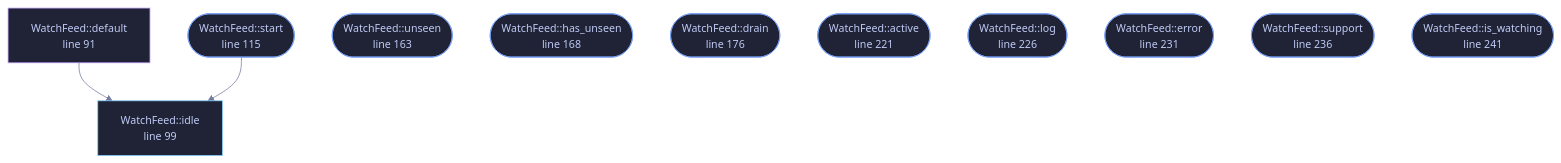
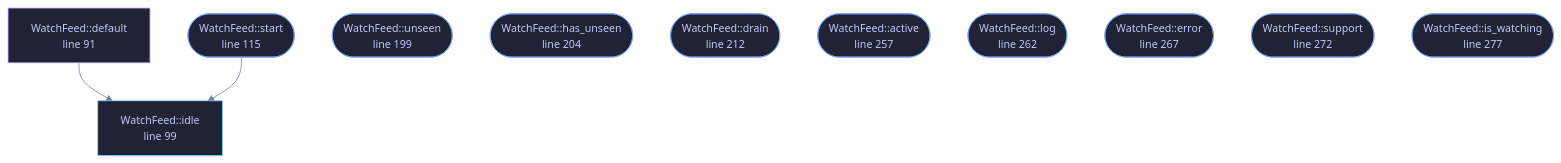
The diagram in docs/files/veilvoice-gui/watchfeed.md (tilas01/veilvoice), drawn with Mermaid before and after one commit. The commit also changed other lines of this file and 118 other files, not shown here.

````diff
--- a/docs/files/veilvoice-gui/watchfeed.md
+++ b/docs/files/veilvoice-gui/watchfeed.md
@@ -117,34 +117,34 @@
 ```mermaid
 %%{init: {"theme":"base","themeVariables":{"background":"#1a1b26","primaryColor":"#1f2335","primaryTextColor":"#c0caf5","primaryBorderColor":"#7aa2f7","secondaryColor":"#16161e","tertiaryColor":"#16161e","lineColor":"#737aa2","textColor":"#c0caf5","mainBkg":"#1f2335","nodeBorder":"#7aa2f7","clusterBkg":"#16161e","clusterBorder":"#2f3549","fontFamily":"ui-monospace, SFMono-Regular, Consolas, monospace","fontSize":"14px"}}}%%
 flowchart TD
     n_default["WatchFeed::default<br/>line 91"]
     n_idle["WatchFeed::idle<br/>line 99"]
     n_start(["WatchFeed::start<br/>line 115"])
-    n_unseen(["WatchFeed::unseen<br/>line 163"])
-    n_has_unseen(["WatchFeed::has_unseen<br/>line 168"])
-    n_drain(["WatchFeed::drain<br/>line 176"])
-    n_active(["WatchFeed::active<br/>line 221"])
-    n_log(["WatchFeed::log<br/>line 226"])
-    n_error(["WatchFeed::error<br/>line 231"])
-    n_support(["WatchFeed::support<br/>line 236"])
-    n_is_watching(["WatchFeed::is_watching<br/>line 241"])
+    n_unseen(["WatchFeed::unseen<br/>line 199"])
+    n_has_unseen(["WatchFeed::has_unseen<br/>line 204"])
+    n_drain(["WatchFeed::drain<br/>line 212"])
+    n_active(["WatchFeed::active<br/>line 257"])
+    n_log(["WatchFeed::log<br/>line 262"])
+    n_error(["WatchFeed::error<br/>line 267"])
+    n_support(["WatchFeed::support<br/>line 272"])
+    n_is_watching(["WatchFeed::is_watching<br/>line 277"])
     n_default --> n_idle
     n_start --> n_idle
     click n_default href "https://github.com/tilas01/veilvoice/blob/main/crates/veilvoice-gui/src/watchfeed.rs#L91" "open the source"
     click n_idle href "https://github.com/tilas01/veilvoice/blob/main/crates/veilvoice-gui/src/watchfeed.rs#L99" "open the source"
     click n_start href "https://github.com/tilas01/veilvoice/blob/main/crates/veilvoice-gui/src/watchfeed.rs#L115" "open the source"
-    click n_unseen href "https://github.com/tilas01/veilvoice/blob/main/crates/veilvoice-gui/src/watchfeed.rs#L163" "open the source"
-    click n_has_unseen href "https://github.com/tilas01/veilvoice/blob/main/crates/veilvoice-gui/src/watchfeed.rs#L168" "open the source"
-    click n_drain href "https://github.com/tilas01/veilvoice/blob/main/crates/veilvoice-gui/src/watchfeed.rs#L176" "open the source"
-    click n_active href "https://github.com/tilas01/veilvoice/blob/main/crates/veilvoice-gui/src/watchfeed.rs#L221" "open the source"
-    click n_log href "https://github.com/tilas01/veilvoice/blob/main/crates/veilvoice-gui/src/watchfeed.rs#L226" "open the source"
-    click n_error href "https://github.com/tilas01/veilvoice/blob/main/crates/veilvoice-gui/src/watchfeed.rs#L231" "open the source"
-    click n_support href "https://github.com/tilas01/veilvoice/blob/main/crates/veilvoice-gui/src/watchfeed.rs#L236" "open the source"
-    click n_is_watching href "https://github.com/tilas01/veilvoice/blob/main/crates/veilvoice-gui/src/watchfeed.rs#L241" "open the source"
+    click n_unseen href "https://github.com/tilas01/veilvoice/blob/main/crates/veilvoice-gui/src/watchfeed.rs#L199" "open the source"
+    click n_has_unseen href "https://github.com/tilas01/veilvoice/blob/main/crates/veilvoice-gui/src/watchfeed.rs#L204" "open the source"
+    click n_drain href "https://github.com/tilas01/veilvoice/blob/main/crates/veilvoice-gui/src/watchfeed.rs#L212" "open the source"
+    click n_active href "https://github.com/tilas01/veilvoice/blob/main/crates/veilvoice-gui/src/watchfeed.rs#L257" "open the source"
+    click n_log href "https://github.com/tilas01/veilvoice/blob/main/crates/veilvoice-gui/src/watchfeed.rs#L262" "open the source"
+    click n_error href "https://github.com/tilas01/veilvoice/blob/main/crates/veilvoice-gui/src/watchfeed.rs#L267" "open the source"
+    click n_support href "https://github.com/tilas01/veilvoice/blob/main/crates/veilvoice-gui/src/watchfeed.rs#L272" "open the source"
+    click n_is_watching href "https://github.com/tilas01/veilvoice/blob/main/crates/veilvoice-gui/src/watchfeed.rs#L277" "open the source"
     classDef entry fill:#1f2335,stroke:#7aa2f7,color:#c0caf5
     class n_start,n_unseen,n_has_unseen,n_drain,n_active,n_log,n_error,n_support,n_is_watching entry
     classDef api fill:#1f2335,stroke:#7dcfff,color:#c0caf5
     class n_idle api
     classDef helper fill:#1f2335,stroke:#bb9af7,color:#c0caf5
     class n_default helper
 ```
````
